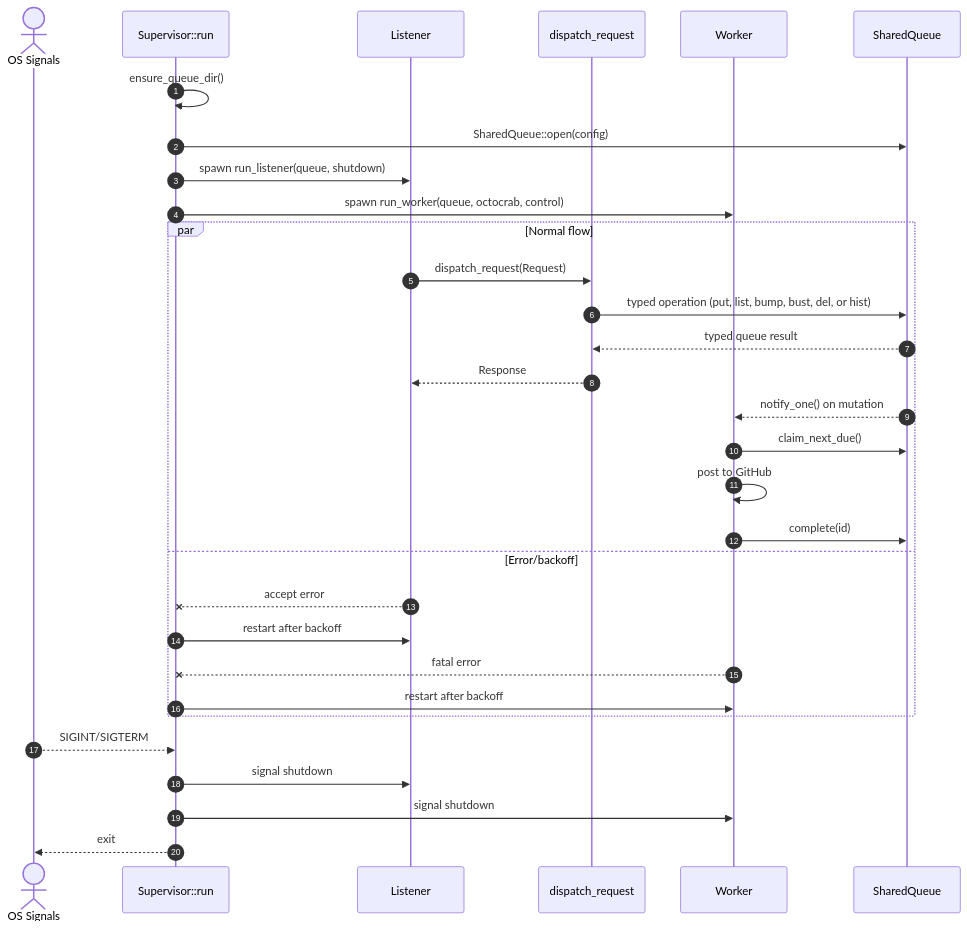
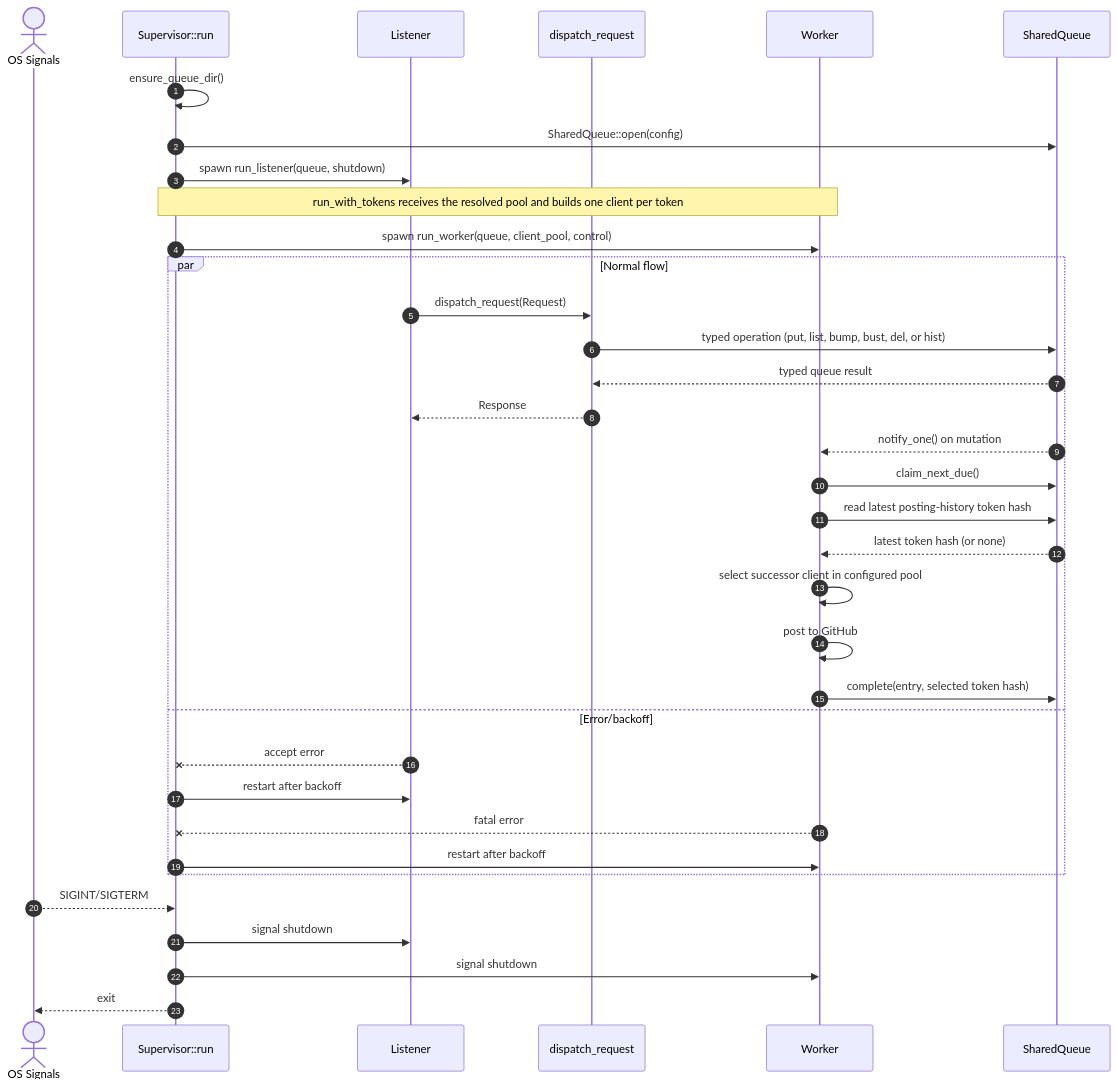
Before and after one commit to leynos/comenq: the first of 3 diagrams in docs/comenq-design.md, drawn with Mermaid. The commit also changed other lines of this file, not shown here.

First line of the commit message:
Document token-hash completion flow

````diff
--- a/docs/comenq-design.md
+++ b/docs/comenq-design.md
@@ -470,36 +470,40 @@
 ```mermaid
 sequenceDiagram
   autonumber
   actor OS as OS Signals
   participant Sup as Supervisor::run
   participant L as Listener
   participant A as dispatch_request
   participant W as Worker
   participant Q as SharedQueue
 
   Sup->>Sup: ensure_queue_dir()
   Sup->>Q: SharedQueue::open(config)
   Sup->>L: spawn run_listener(queue, shutdown)
-  Sup->>W: spawn run_worker(queue, octocrab, control)
+  Note over Sup,W: run_with_tokens receives the resolved pool and builds one client per token
+  Sup->>W: spawn run_worker(queue, client_pool, control)
 
   par Normal flow
     L->>A: dispatch_request(Request)
     A->>Q: typed operation (put, list, bump, bust, del, or hist)
     Q-->>A: typed queue result
     A-->>L: Response
     Q-->>W: notify_one() on mutation
     W->>Q: claim_next_due()
+    W->>Q: read latest posting-history token hash
+    Q-->>W: latest token hash (or none)
+    W->>W: select successor client in configured pool
     W->>W: post to GitHub
-    W->>Q: complete(id)
+    W->>Q: complete(entry, selected token hash)
   and Error/backoff
     L--x Sup: accept error
     Sup->>L: restart after backoff
     W--x Sup: fatal error
     Sup->>W: restart after backoff
   end
 
   OS-->>Sup: SIGINT/SIGTERM
   Sup->>L: signal shutdown
   Sup->>W: signal shutdown
   Sup-->>OS: exit
 ```
````
